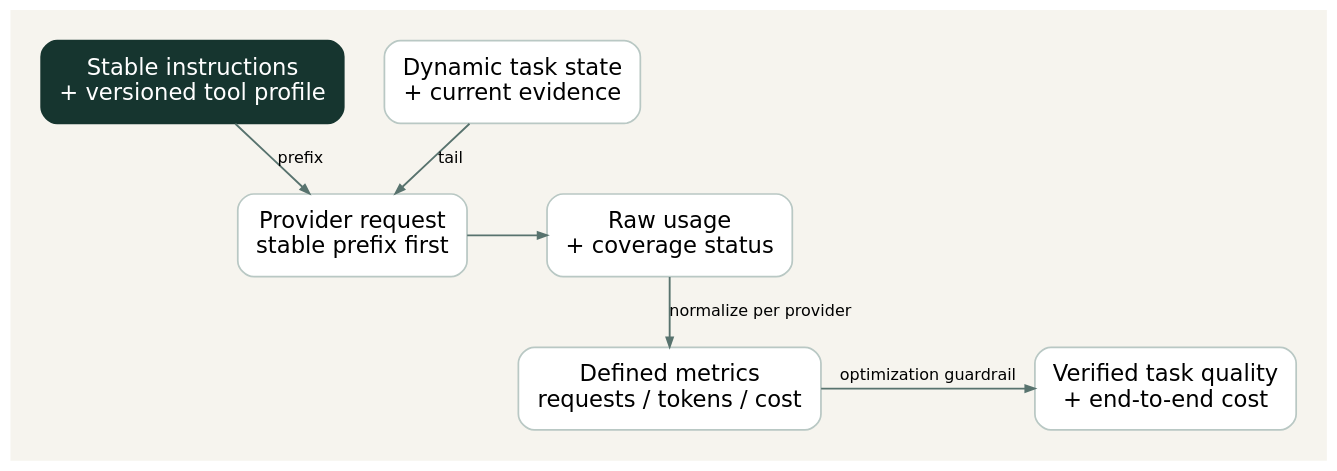
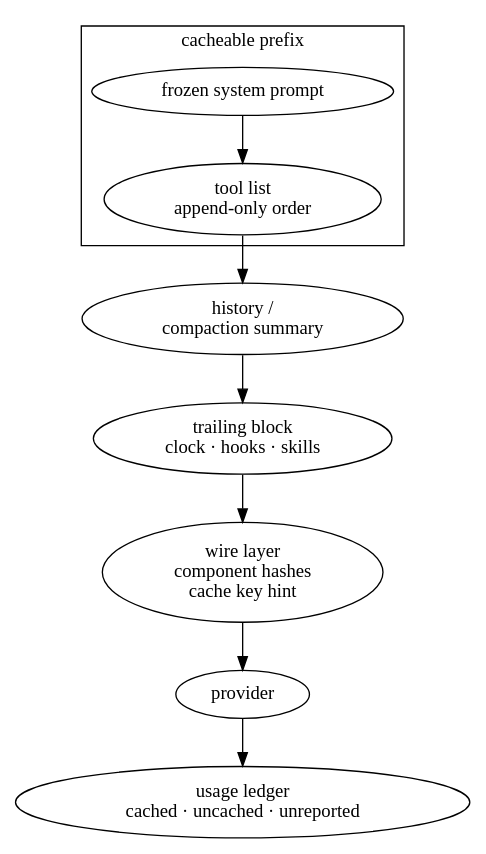
Before and after one commit to Shaunfurtado/Shaunfurtado.github.io: the diagram in src/assets/blog-diagrams/08-prompt-caching-ai-agents-prefix-cache-hit-rate.dot, drawn with Graphviz. The commit also changed 114 other files, not shown here.

First line of the commit message:
refactor: rewrite blog posts around real system details and theme the diagrams

```diff
--- a/src/assets/blog-diagrams/08-prompt-caching-ai-agents-prefix-cache-hit-rate.dot
+++ b/src/assets/blog-diagrams/08-prompt-caching-ai-agents-prefix-cache-hit-rate.dot
@@ -1,19 +1,16 @@
-digraph design {
-graph [rankdir=TB, bgcolor="#f6f4ee", pad="0.32", nodesep="0.42", ranksep="0.55", splines=polyline, fontname="DejaVu Sans", fontsize=18];
-node [shape=box, style="rounded,filled", fillcolor="#ffffff", color="#b9c8c4", penwidth=1.3, fontname="DejaVu Sans", fontsize=17, margin="0.20,0.16"];
-edge [color="#58736e", fontname="DejaVu Sans", fontsize=12, arrowsize=0.7, penwidth=1.4];
-stable [label="Stable instructions\n+ versioned tool profile",fillcolor="#16352f",fontcolor="#ffffff",color="#16352f"];
-tail [label="Dynamic task state\n+ current evidence"];
-request [label="Provider request\nstable prefix first"];
-usage [label="Raw usage\n+ coverage status"];
-metrics [label="Defined metrics\nrequests / tokens / cost"];
-verify [label="Verified task quality\n+ end-to-end cost"];
-stable -> request [label="prefix"];
-tail -> request [label="tail"];
-request -> usage [label=""];
-usage -> metrics [label="normalize per provider"];
-metrics -> verify [label="optimization guardrail"];
-{rank=same; stable; tail;}
-{rank=same; request; usage;}
-{rank=same; metrics; verify;}
+digraph caching {
+rankdir=TB;
+subgraph cluster_prefix {
+  label="cacheable prefix";
+  sys [label="frozen system prompt"];
+  tools [label="tool list\nappend-only order"];
 }
+hist [label="history /\ncompaction summary"];
+tail [label="trailing block\nclock · hooks · skills"];
+wire [label="wire layer\ncomponent hashes\ncache key hint", class="key"];
+prov [label="provider", class="ghost"];
+usage [label="usage ledger\ncached · uncached · unreported"];
+sys -> tools -> hist -> tail -> wire;
+wire -> prov;
+prov -> usage;
+}
```
